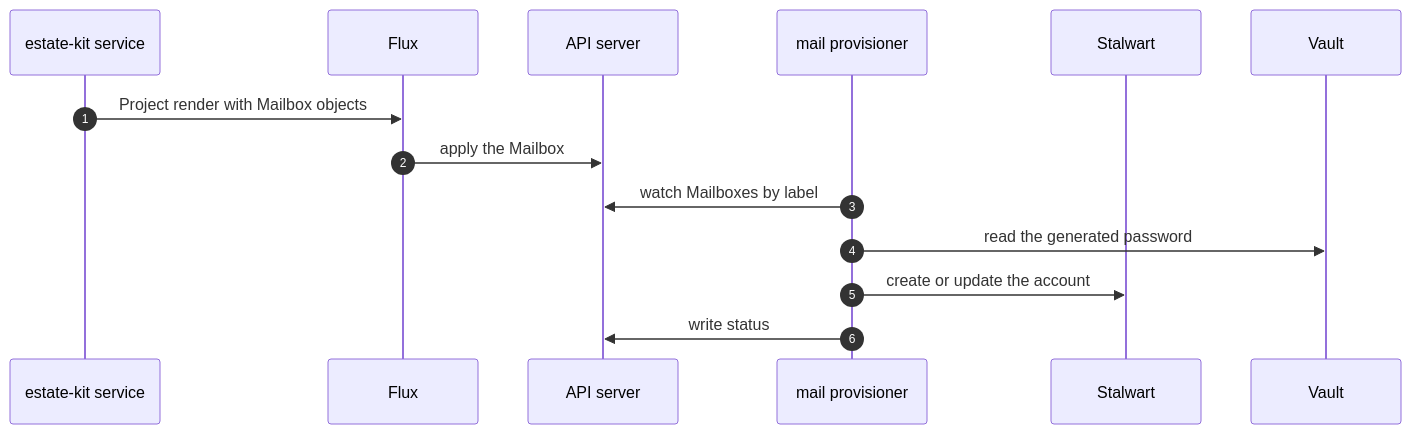
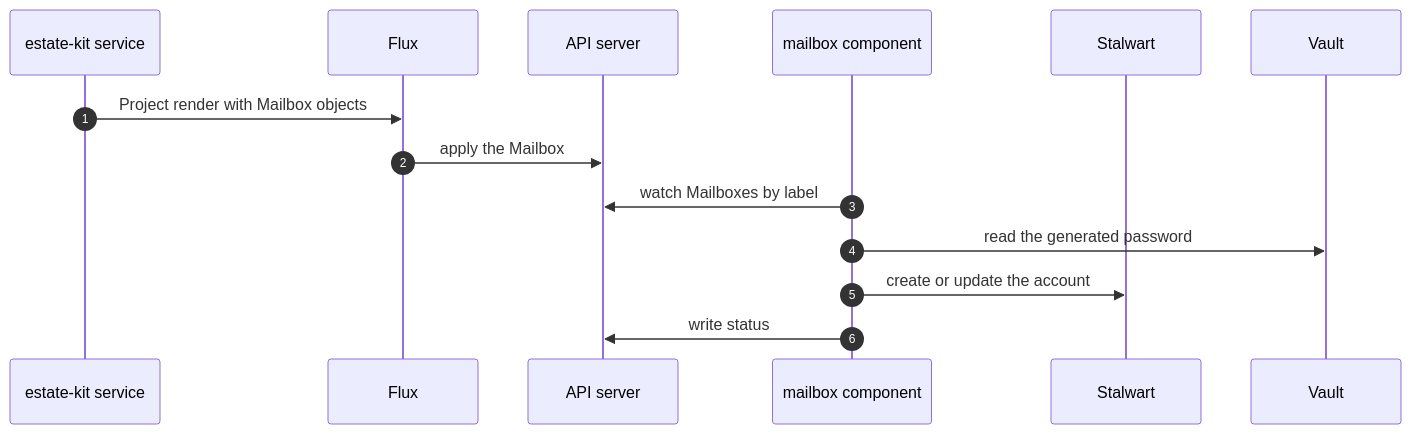
One commit to JorisJonkers-dev/estate-kit changed the diagram in docs/diagrams/raw/seq-mailbox.mmd. Above: the diagram before and after it, drawn with Mermaid. The commit also changed 45 other files, not shown here.

```diff
--- a/docs/diagrams/raw/seq-mailbox.mmd
+++ b/docs/diagrams/raw/seq-mailbox.mmd
@@ -1,15 +1,15 @@
 %% title: Provision a Mailbox
 sequenceDiagram
     autonumber
     participant S as estate-kit service
     participant F as Flux
     participant K as API server
-    participant M as mail provisioner
+    participant M as mailbox component
     participant ST as Stalwart
     participant V as Vault
     S->>F: Project render with Mailbox objects
     F->>K: apply the Mailbox
     M->>K: watch Mailboxes by label
     M->>V: read the generated password
     M->>ST: create or update the account
     M->>K: write status
```
